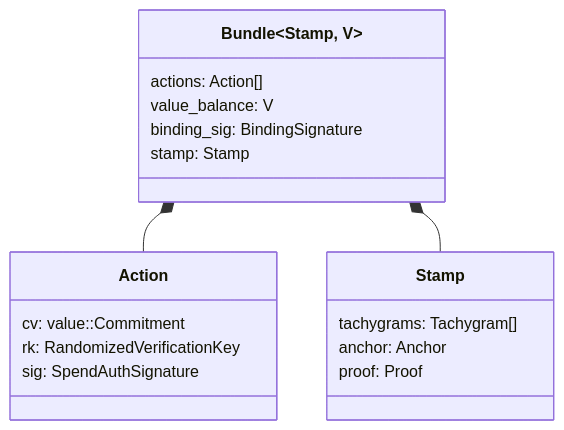
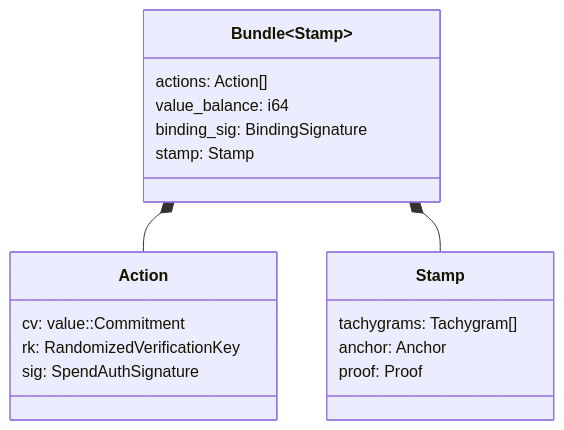
One commit to tachyon-zcash/tachyon changed the diagram in README.md. Above: the diagram before and after it, drawn with Mermaid. The commit also changed 7 other files, not shown here.

````diff
--- a/README.md
+++ b/README.md
@@ -17,21 +17,21 @@
 ```mermaid
 classDiagram
-    class Bundle["Bundle&lt;Stamp, V&gt;"] {
+    class Bundle["Bundle&lt;Stamp&gt;"] {
         actions: Action[]
-        value_balance: V
+        value_balance: i64
         binding_sig: BindingSignature
         stamp: Stamp
     }
     class Action {
         cv: value::Commitment
         rk: RandomizedVerificationKey
         sig: SpendAuthSignature
     }
     class Stamp {
         tachygrams: Tachygram[]
         anchor: Anchor
         proof: Proof
     }
     Bundle *-- Action
     Bundle *-- Stamp
 ```
````
